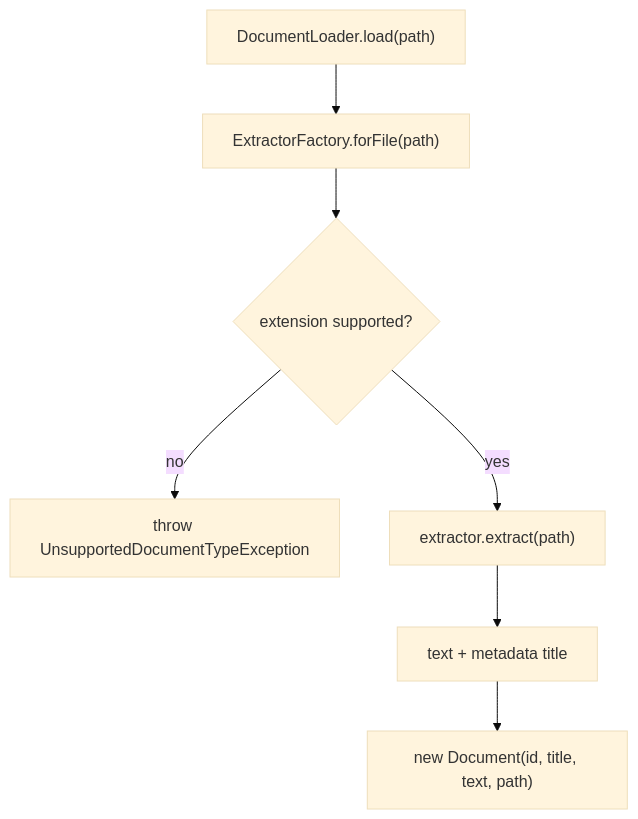
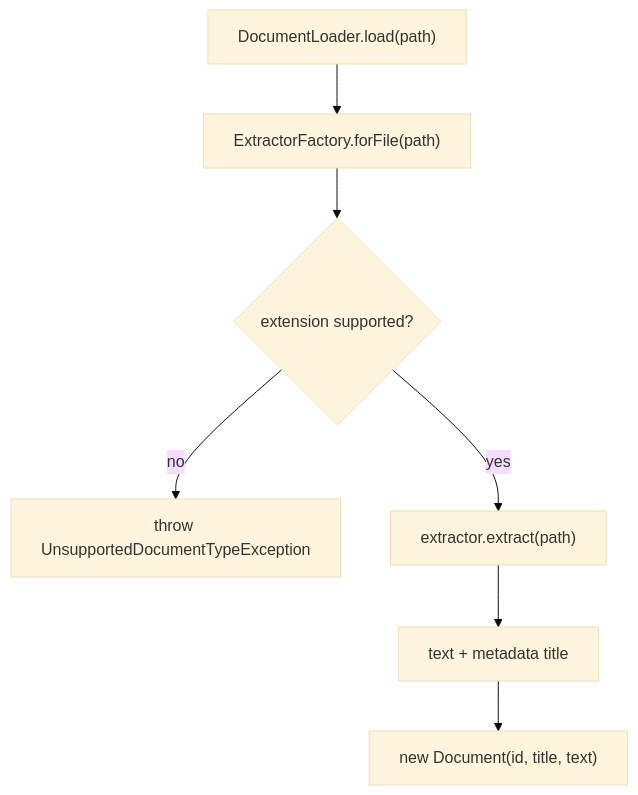
One commit to Princedave101/Search-Engine-Backend- changed the tenth of 18 diagrams in task.md. Above: the diagram before and after it, drawn with Mermaid (base theme). The commit also changed other lines of this file and 31 other files, not shown here.

First line of the commit message:
T5: text extraction for all required document formats

````diff
--- a/task.md
+++ b/task.md
@@ -723,9 +723,9 @@
 ```mermaid
 flowchart TD
     A["DocumentLoader.load(path)"] --> B["ExtractorFactory.forFile(path)"]
     B --> C{"extension supported?"}
     C -- no --> D["throw UnsupportedDocumentTypeException"]
     C -- yes --> E["extractor.extract(path)"]
     E --> F["text + metadata title"]
-    F --> G["new Document(id, title, text, path)"]
+    F --> G["new Document(id, title, text)"]
 ```
````
